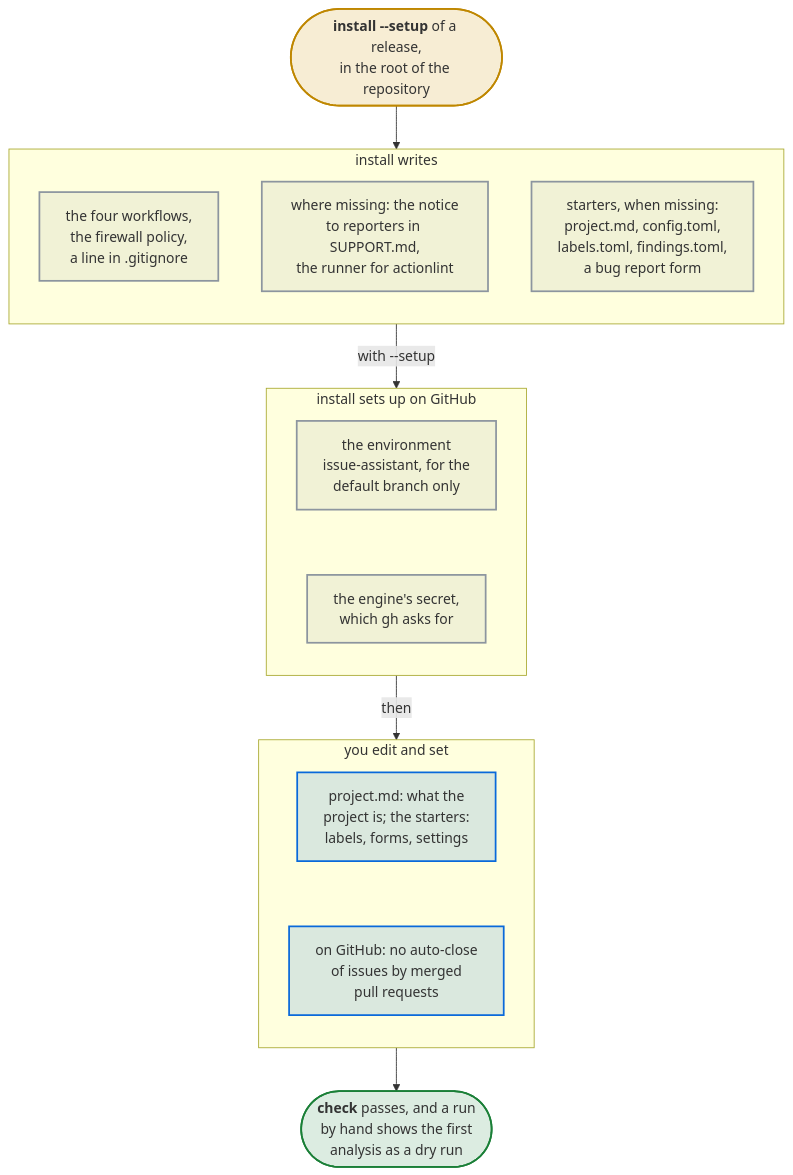
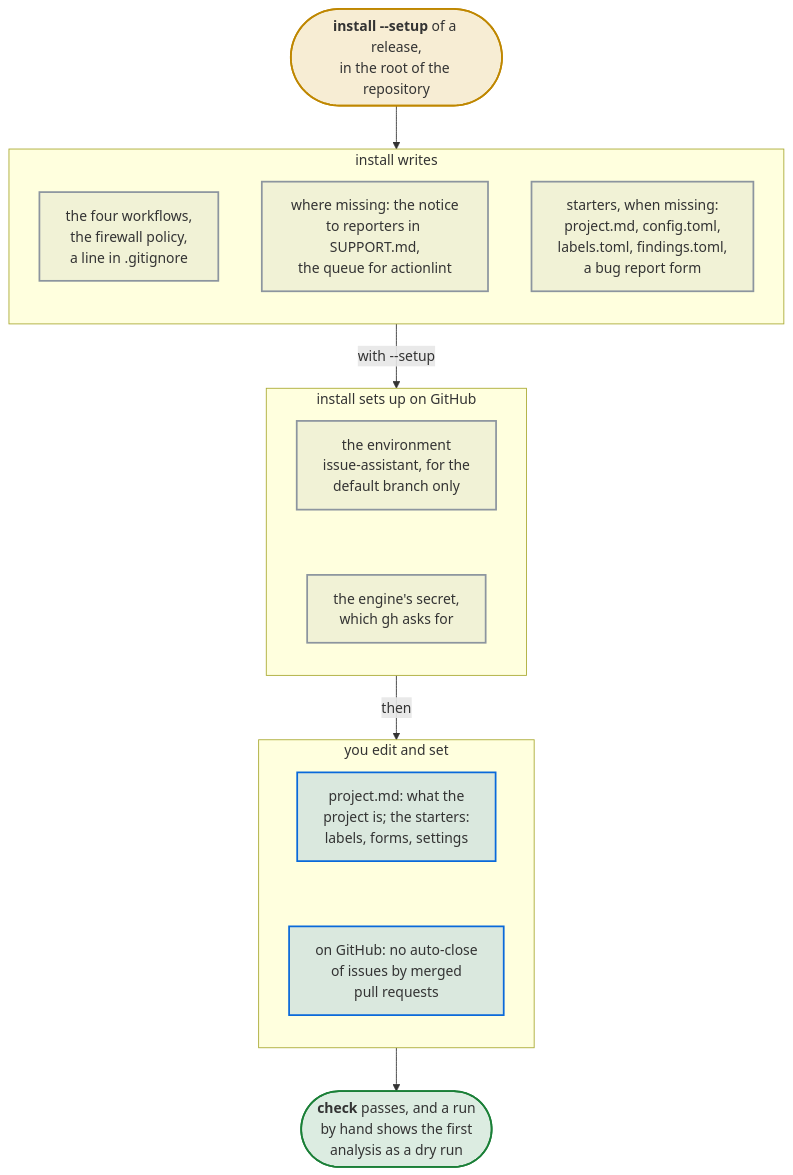
Before and after one commit to Dennis-Otto/issue-assistant: the diagram in docs/diagrams/what-install-writes-what-you-edit-and-what-you-set-on-github.mmd, drawn with Mermaid. The commit also changed 31 other files, not shown here.

First line of the commit message:
feat: ship the issue workflows as reusable workflows, so repositories update them with a pin bump (#128)

```diff
--- a/docs/diagrams/what-install-writes-what-you-edit-and-what-you-set-on-github.mmd
+++ b/docs/diagrams/what-install-writes-what-you-edit-and-what-you-set-on-github.mmd
@@ -1,33 +1,33 @@
 flowchart TB
   accTitle: What install writes, what you edit and what you set on GitHub
-  accDescr: install of a release, run in the root of the repository, writes the four workflows, the firewall policy .github/egress-firewall.yaml and an entry in .gitignore; adds the notice to reporters to SUPPORT.md and the runner of the AI to actionlint's settings where they are missing; and writes starters of project.md, config.toml, labels.toml, findings.toml and a bug report form when they are missing. With --setup, it also creates the environment issue-assistant on GitHub, limited to the default branch, and asks for the engine's secret. Then you describe the project in project.md, adapt the starters, and turn off the auto-close of issues by merged pull requests. Then check passes, and a run by hand shows the first analysis as a dry run.
+  accDescr: install of a release, run in the root of the repository, writes the four workflows, the firewall policy .github/egress-firewall.yaml and an entry in .gitignore; adds the notice to reporters to SUPPORT.md and the queue of issue-assistant.yml to actionlint's settings where they are missing; and writes starters of project.md, config.toml, labels.toml, findings.toml and a bug report form when they are missing. With --setup, it also creates the environment issue-assistant on GitHub, limited to the default branch, and asks for the engine's secret. Then you describe the project in project.md, adapt the starters, and turn off the auto-close of issues by merged pull requests. Then check passes, and a run by hand shows the first analysis as a dry run.
   install(["`**install --setup** of a release,<br>in the root of the repository`"]) --> written
   subgraph written ["install writes"]
     direction TB
     workflows["the four workflows,<br>the firewall policy,<br>a line in .gitignore"]
-    notices["where missing: the notice<br>to reporters in SUPPORT.md,<br>the runner for actionlint"]
+    notices["where missing: the notice<br>to reporters in SUPPORT.md,<br>the queue for actionlint"]
     starters["starters, when missing:<br>project.md, config.toml,<br>labels.toml, findings.toml,<br>a bug report form"]
   end
   written -- "with --setup" --> github
   subgraph github ["install sets up on GitHub"]
     direction TB
     environment["the environment<br>issue-assistant, for the<br>default branch only"]
     secret["the engine's secret,<br>which gh asks for"]
     environment ~~~ secret
   end
   github -- "then" --> edited
   subgraph edited ["you edit and set"]
     direction TB
     describe["project.md: what the<br>project is; the starters:<br>labels, forms, settings"]
     autoclose["on GitHub: no auto-close<br>of issues by merged<br>pull requests"]
     describe ~~~ autoclose
   end
   edited --> check(["`**check** passes, and a run<br>by hand shows the first<br>analysis as a dry run`"])
   classDef trigger fill:#d4a72c33,stroke:#bf8700,stroke-width:2px
   classDef job fill:#8c959f1f,stroke:#8c959f,stroke-width:2px
   classDef person fill:#0969da26,stroke:#0969da,stroke-width:2px
   classDef safe fill:#1a7f3726,stroke:#1a7f37,stroke-width:2px
   class install trigger
   class workflows,notices,starters,environment,secret job
   class describe,autoclose person
   class check safe
```
